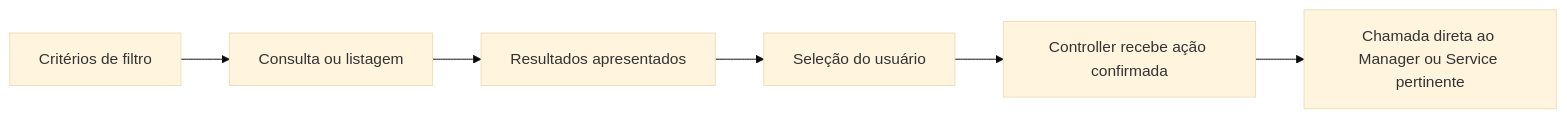
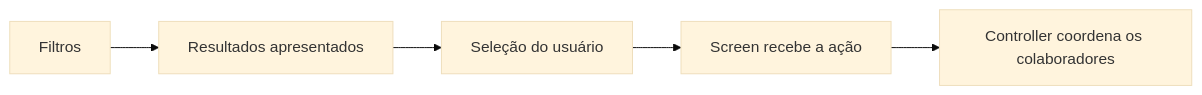
The diagram in doc/interface-e-fluxos.md (ARS1802/tag-file), drawn with Mermaid (base theme) before and after one commit. The commit also changed other lines of this file and 53 other files, not shown here.

Commit message:
Added diagrams and cleaned docs.

````diff
--- a/doc/interface-e-fluxos.md
+++ b/doc/interface-e-fluxos.md
@@ -179,8 +108,7 @@
 ```mermaid
 flowchart LR
-    F["Critérios de filtro"] --> Q["Consulta ou listagem"]
-    Q --> R["Resultados apresentados"]
+    F["Filtros"] --> R["Resultados apresentados"]
     R --> S["Seleção do usuário"]
-    S --> C["Controller recebe ação confirmada"]
-    C --> M["Chamada direta ao Manager ou Service pertinente"]
+    S --> T["Screen recebe a ação"]
+    T --> C["Controller coordena os colaboradores"]
 ```
````
